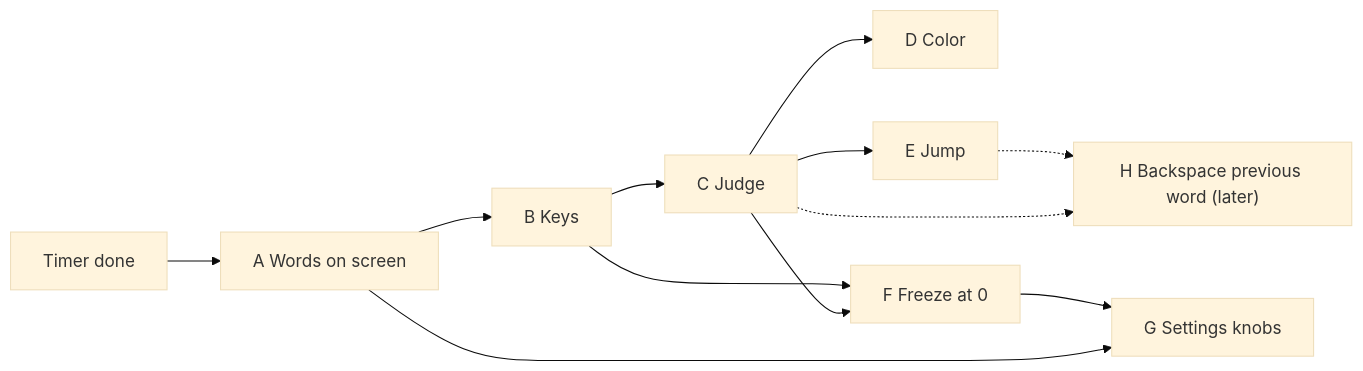
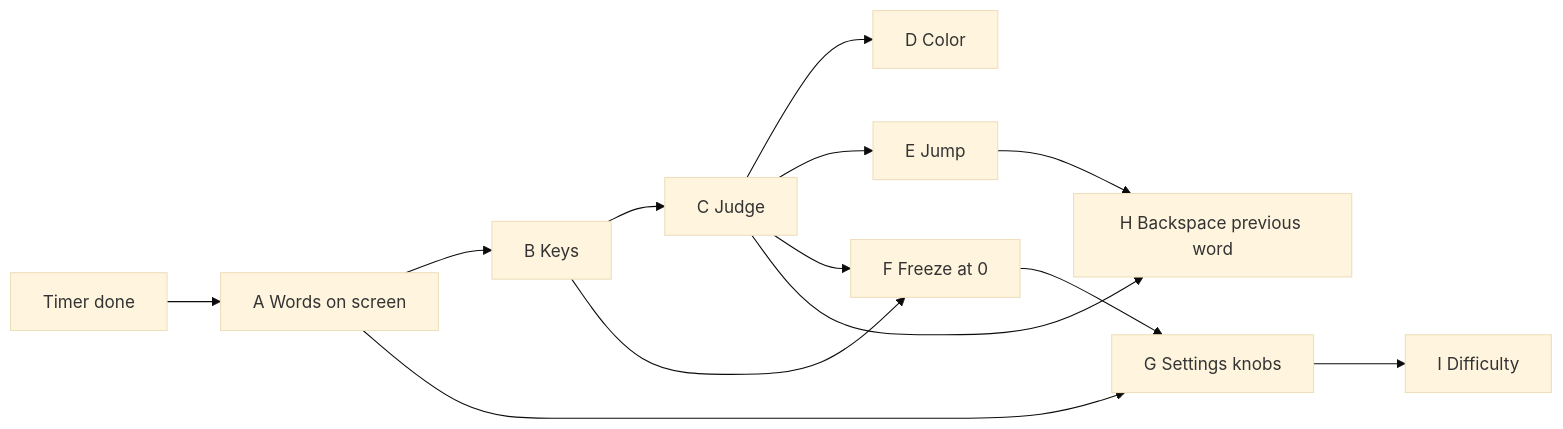
One commit to KennardMB/TypeShi changed the second of 3 diagrams in SLICE_ORDER.md. Above: the diagram before and after it, drawn with Mermaid (base theme). The commit also changed other lines of this file and 11 other files, not shown here.

````diff
--- a/SLICE_ORDER.md
+++ b/SLICE_ORDER.md
@@ -42,11 +49,12 @@
 ```mermaid
 flowchart LR
   Done["Timer done"] --> A["A Words on screen"] --> B["B Keys"] --> C["C Judge"] --> D["D Color"]
   C --> E["E Jump"]
   C --> F["F Freeze at 0"]
   B --> F
   A --> G["G Settings knobs"]
   F --> G
-  C -.-> H["H Backspace previous word (later)"]
-  E -.-> H
+  G --> I["I Difficulty"]
+  C --> H["H Backspace previous word"]
+  E --> H
 ```
````
